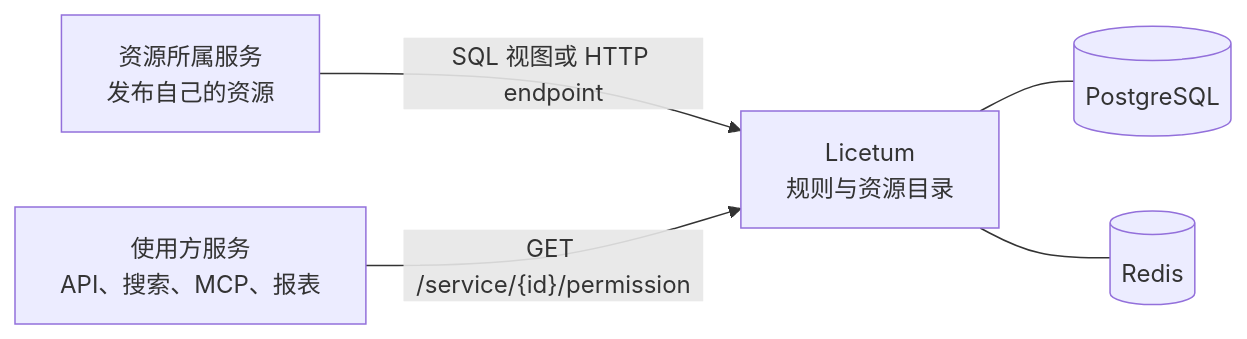
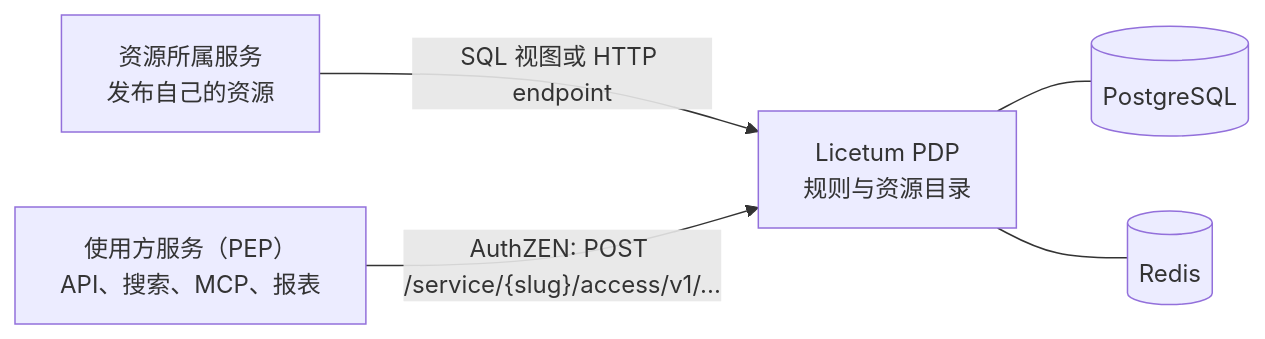
The diagram in docs/README.zh-CN.md (Licetum/licetum), drawn with Mermaid before and after one commit. The commit also changed other lines of this file and 143 other files, not shown here.

````diff
--- a/docs/README.zh-CN.md
+++ b/docs/README.zh-CN.md
@@ -29,12 +29,12 @@
 ```mermaid
 flowchart LR
   S["资源所属服务<br/>发布自己的资源"]
-  C["使用方服务<br/>API、搜索、MCP、报表"]
-  L["Licetum<br/>规则与资源目录"]
+  C["使用方服务（PEP）<br/>API、搜索、MCP、报表"]
+  L["Licetum PDP<br/>规则与资源目录"]
   DB[(PostgreSQL)]
   R[(Redis)]
   S -- "SQL 视图或 HTTP endpoint" --> L
-  C -- "GET /service/{id}/permission" --> L
+  C -- "AuthZEN: POST /service/{slug}/access/v1/..." --> L
   L --- DB
   L --- R
 ```
````
